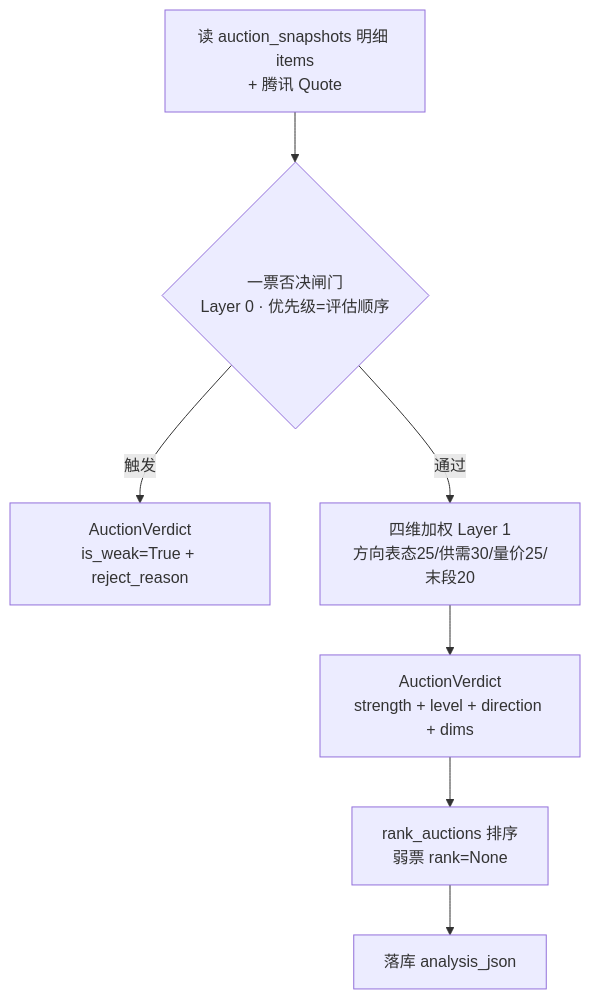
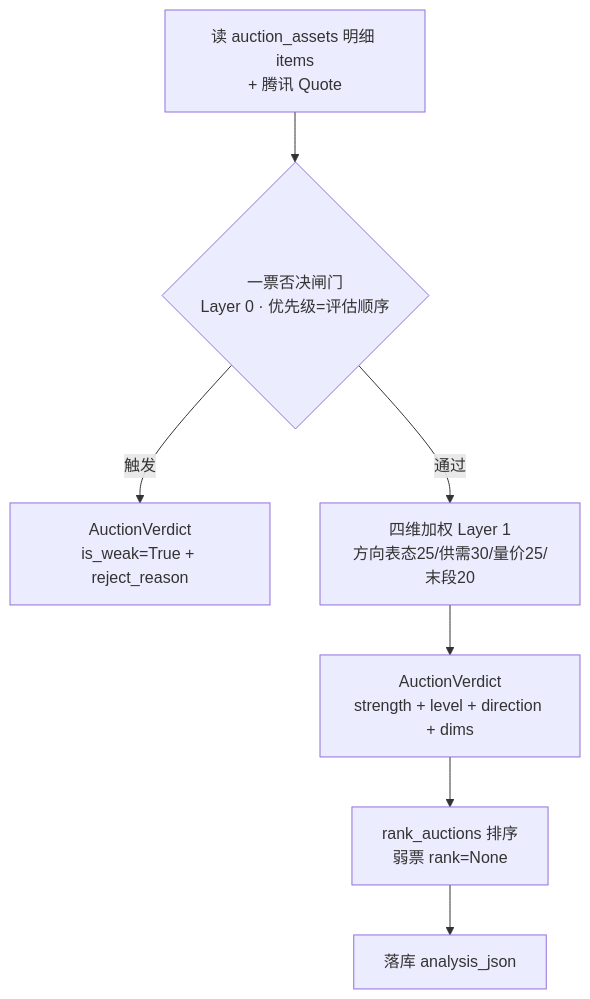
One commit to gitBingxu/dragon-quant changed the second of 2 diagrams in archived_md/auction/集合竞价强度分析_技术方案.md. Above: the diagram before and after it, drawn with Mermaid. The commit also changed other lines of this file and 23 other files, not shown here.

First line of the commit message:
♻️ refactor: 存储层统一重构 prep.db → assets.db（新建 auction_assets）

````diff
--- a/archived_md/auction/集合竞价强度分析_技术方案.md
+++ b/archived_md/auction/集合竞价强度分析_技术方案.md
@@ -85,9 +87,9 @@
 ```mermaid
 flowchart TD
-    A[读 auction_snapshots 明细 items<br/>+ 腾讯 Quote] --> B{一票否决闸门<br/>Layer 0 · 优先级=评估顺序}
+    A[读 auction_assets 明细 items<br/>+ 腾讯 Quote] --> B{一票否决闸门<br/>Layer 0 · 优先级=评估顺序}
     B -- 触发 --> Z[AuctionVerdict<br/>is_weak=True + reject_reason]
     B -- 通过 --> C[四维加权 Layer 1<br/>方向表态25/供需30/量价25/末段20]
     C --> D[AuctionVerdict<br/>strength + level + direction + dims]
     D --> E[rank_auctions 排序<br/>弱票 rank=None]
     E --> F[落库 analysis_json]
 ```
````
